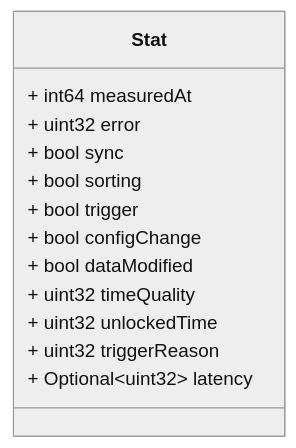
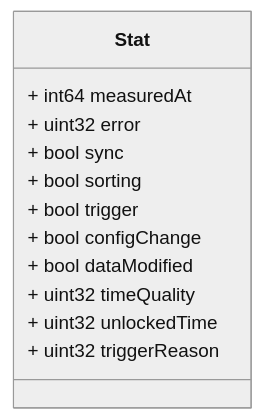
The diagram in docs/c37118/v1/stat.proto.md (zaphiro-technologies/protobuf), drawn with Mermaid (neutral theme) before and after one commit. The commit also changed other lines of this file, not shown here.

````diff
--- a/docs/c37118/v1/stat.proto.md
+++ b/docs/c37118/v1/stat.proto.md
@@ -26,26 +26,26 @@
 ```mermaid
 classDiagram
 direction LR
 
 %% A Stat of PMU data, check IEEE C37.118 standard for more details.
 %% Headers used in rabbitMQ:
 %% * `id` (string): id of the `Stat` message.
 %% * `producerId` (string): the id of the producer (e.g. a PMU) linked to the dataset.
 %% * `timestampId` (int64): related measurement Unix msec timestamp (if any)
+%% * `latency` (int64): arrival latency in milliseconds between the measurement timestamp of the stat data and the injection in the platform.
 %% 
 
 class Stat {
   + int64 measuredAt
   + uint32 error
   + bool sync
   + bool sorting
   + bool trigger
   + bool configChange
   + bool dataModified
   + uint32 timeQuality
   + uint32 unlockedTime
   + uint32 triggerReason
-  + Optional~uint32~ latency
 }
 
 ```
````
